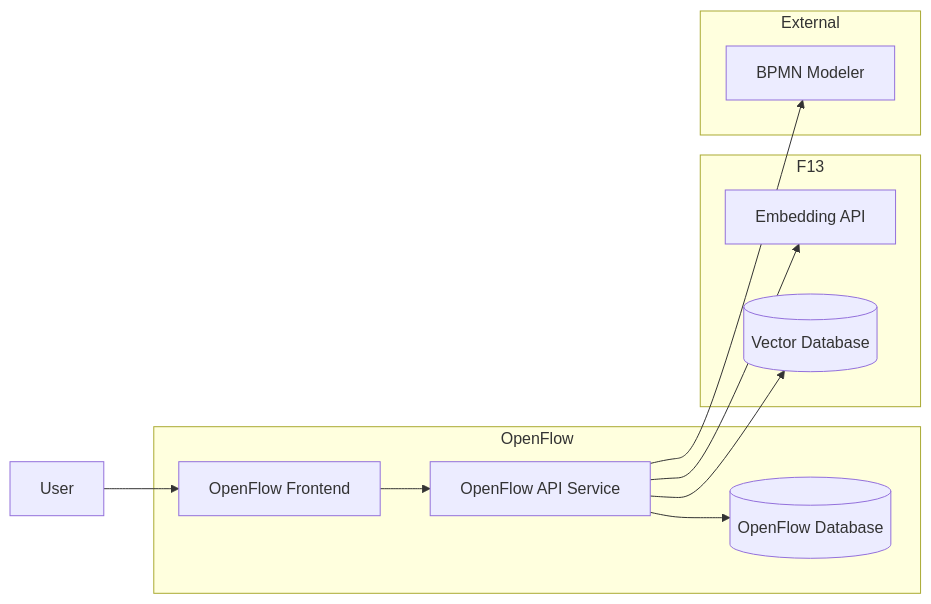
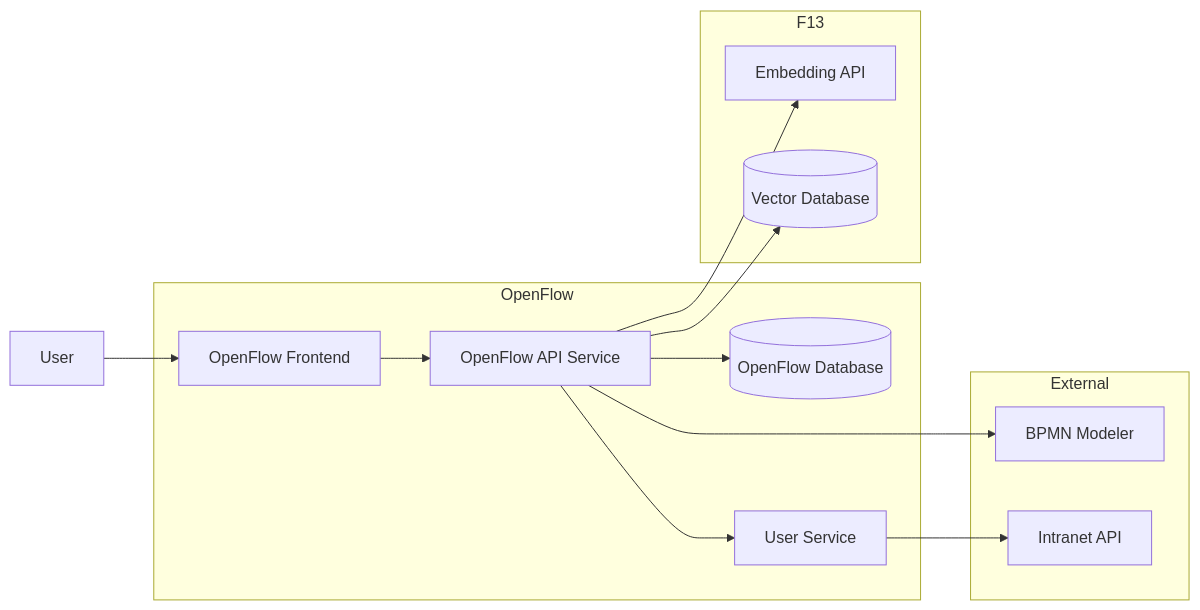
One commit to vensas/govtech-hackathon-2025-openflow changed the second of 4 diagrams in README.md. Above: the diagram before and after it, drawn with Mermaid. The commit also changed other lines of this file and 2 other files, not shown here.

Commit message:
feat: Add demo flow gif and intranet integration

````diff
--- a/README.md
+++ b/README.md
@@ -59,22 +69,26 @@
 ```mermaid
 flowchart LR
       A[User]
       subgraph OpenFlow
         B[OpenFlow Frontend]
         C[OpenFlow API Service]
         D[(OpenFlow Database)]
+        E[User Service]
       end
       subgraph F13
-         E[Embedding API]
-         F[(Vector Database)]
+         F[Embedding API]
+         G[(Vector Database)]
       end
       subgraph External
-         G[BPMN Modeler]
+         H[BPMN Modeler]
+         I[Intranet API]
       end
       A --> B
       B --> C
       C --> D
-      C --> E
       C --> F
       C --> G
+      C --> H
+      E --> I
+      C --> E
 ```
````
